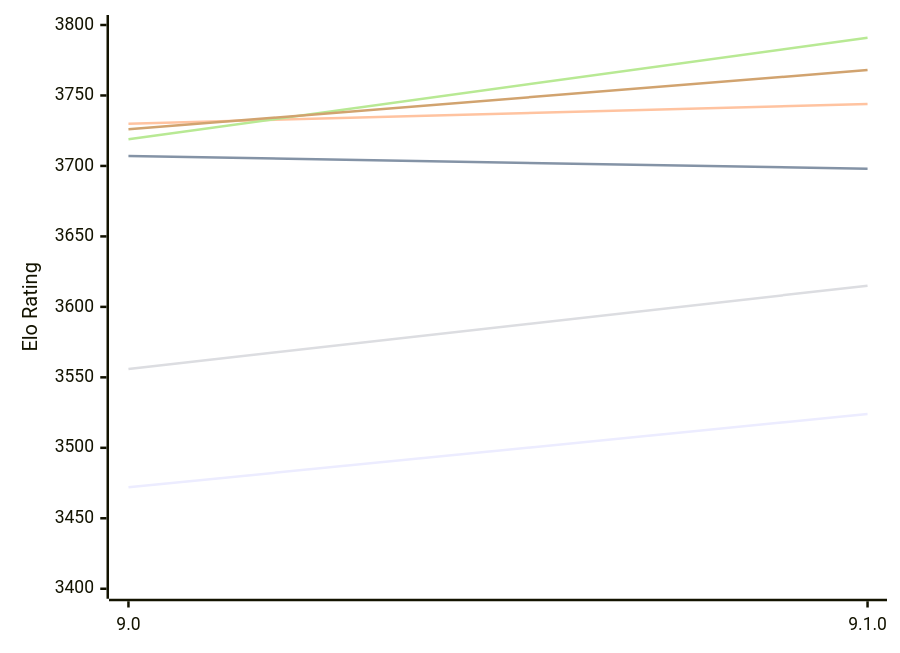
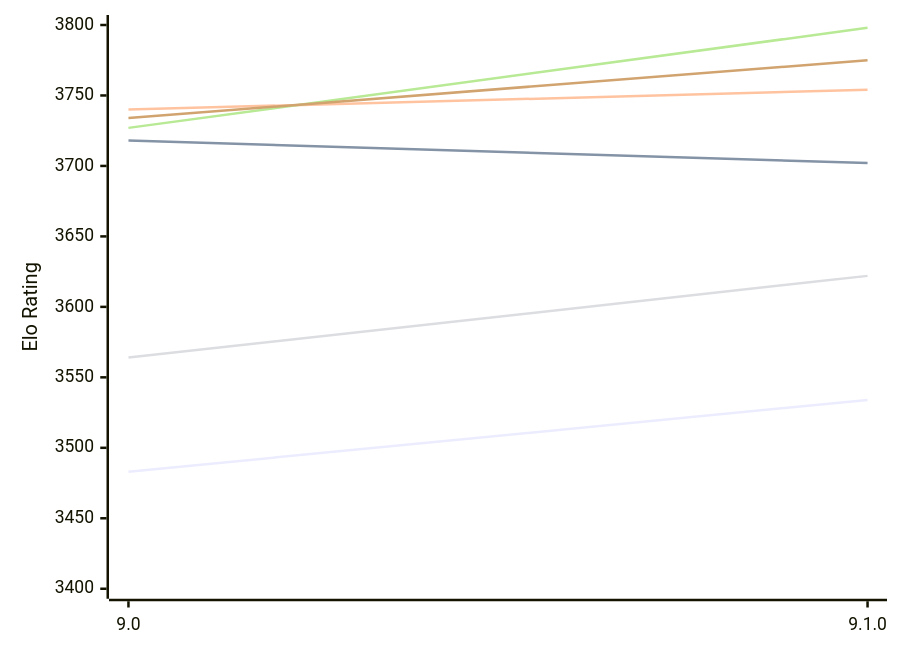
Before and after one commit to computer-chess-index/cci: the first of 2 diagrams in engines/Alexandria.md, drawn with Mermaid. The commit also changed other lines of this file, not shown here.

Commit message:
Update CCI Ratings (ELO VLTC) - 2026-10-25

````diff
--- a/engines/Alexandria.md
+++ b/engines/Alexandria.md
@@ -54,12 +54,12 @@
 ```mermaid
 %%{init: {"theme":"base","themeVariables":{"seriesColors:['#a3a3a3','#222221','#faa371']}}}%%
 xychart-beta
   x-axis ["9.0", "9.1.0"]
   y-axis "Elo Rating" 3400 --> 3800
-  line "E1: STC (8.0+0.08s)" [3472, 3524]
-  line "E1: LTC (60.0+0.60s)" [3707, 3698]
-  line "E1: VLTC (2m24s+1.12s)" [3730, 3744]
-  line "P1: STC (8.0+0.08s)" [3556, 3615]
-  line "P1: LTC (60.0+0.60s)" [3719, 3791]
-  line "P1: VLTC (2m24s+1.12s)" [3726, 3768]
+  line "E1: STC (8.0+0.08s)" [3483, 3534]
+  line "E1: LTC (60.0+0.60s)" [3718, 3702]
+  line "E1: VLTC (2m24s+1.12s)" [3740, 3754]
+  line "P1: STC (8.0+0.08s)" [3564, 3622]
+  line "P1: LTC (60.0+0.60s)" [3727, 3798]
+  line "P1: VLTC (2m24s+1.12s)" [3734, 3775]
 ```
````
